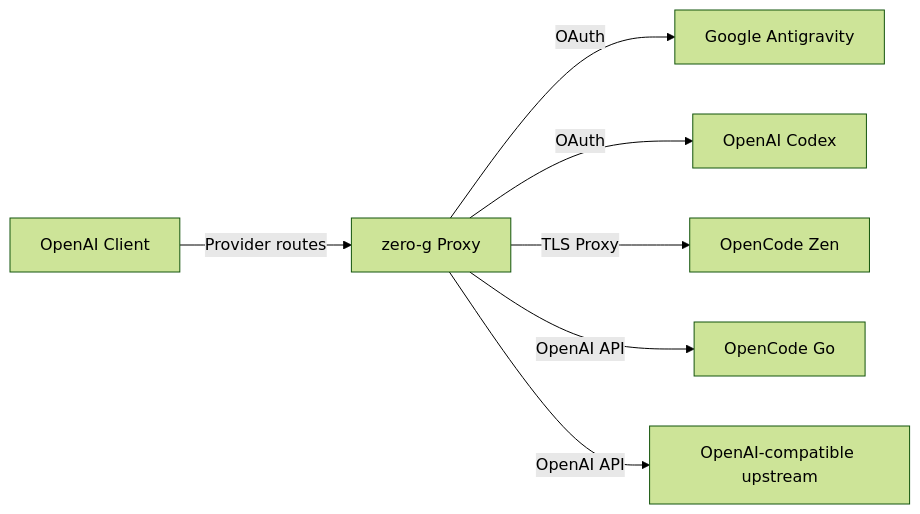
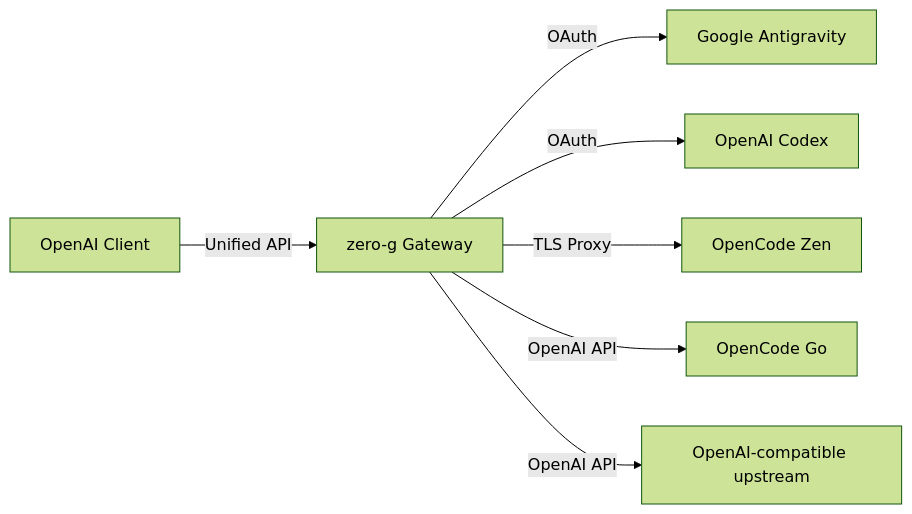
One commit to Delnegend/zero-g changed the diagram in README.md. Above: the diagram before and after it, drawn with Mermaid (forest theme). The commit also changed other lines of this file and 15 other files, not shown here.

First line of the commit message:
feat(gateway): unify inference under one API

````diff
--- a/README.md
+++ b/README.md
@@ -60,9 +62,9 @@
 ```mermaid
 flowchart LR
-    Client[OpenAI Client] -->|Provider routes| ZeroG[zero-g Proxy]
+    Client[OpenAI Client] -->|Unified API| ZeroG[zero-g Gateway]
     ZeroG -->|OAuth| CCA[Google Antigravity]
     ZeroG -->|OAuth| Codex[OpenAI Codex]
     ZeroG -->|TLS Proxy| Zen[OpenCode Zen]
     ZeroG -->|OpenAI API| Go[OpenCode Go]
     ZeroG -->|OpenAI API| Custom[OpenAI-compatible upstream]
 ```
````
